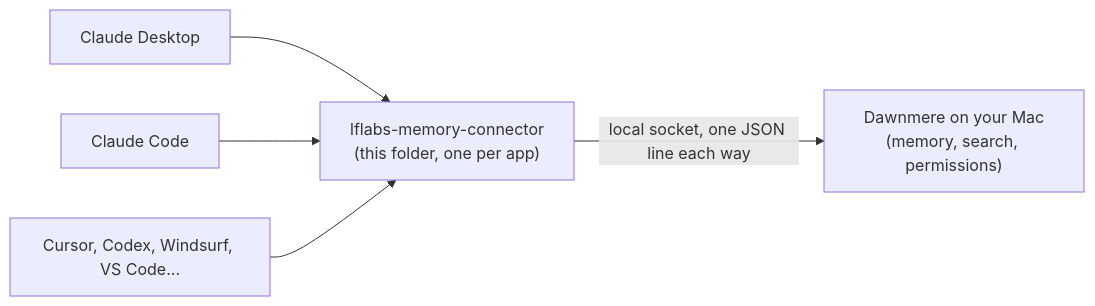
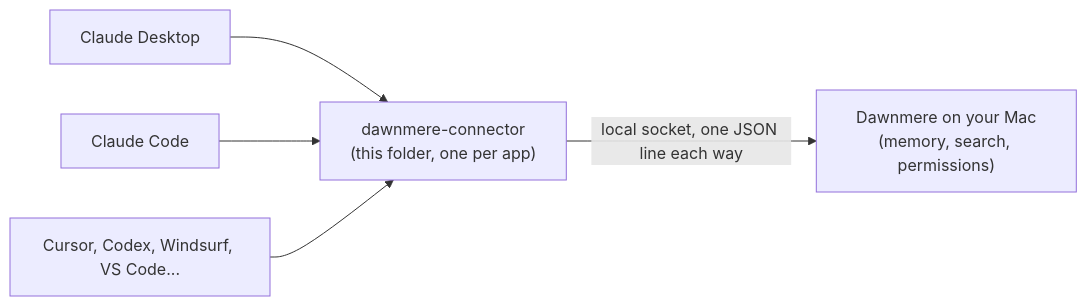
The diagram in connector/README.md (Hadeva-Dev/dawnmere), drawn with Mermaid before and after one commit. The commit also changed other lines of this file and 18 other files, not shown here.

First line of the commit message:
Connector: the npm package is dawnmere-connector, before its first publish

````diff
--- a/connector/README.md
+++ b/connector/README.md
@@ -7,7 +7,7 @@
 ```mermaid
 flowchart LR
   A[Claude Desktop] --> C
   B[Claude Code] --> C
   D[Cursor, Codex, Windsurf, VS Code...] --> C
-  C["lflabs-memory-connector<br/>(this folder, one per app)"] -- "local socket, one JSON line each way" --> W["Dawnmere on your Mac<br/>(memory, search, permissions)"]
+  C["dawnmere-connector<br/>(this folder, one per app)"] -- "local socket, one JSON line each way" --> W["Dawnmere on your Mac<br/>(memory, search, permissions)"]
 ```
````
